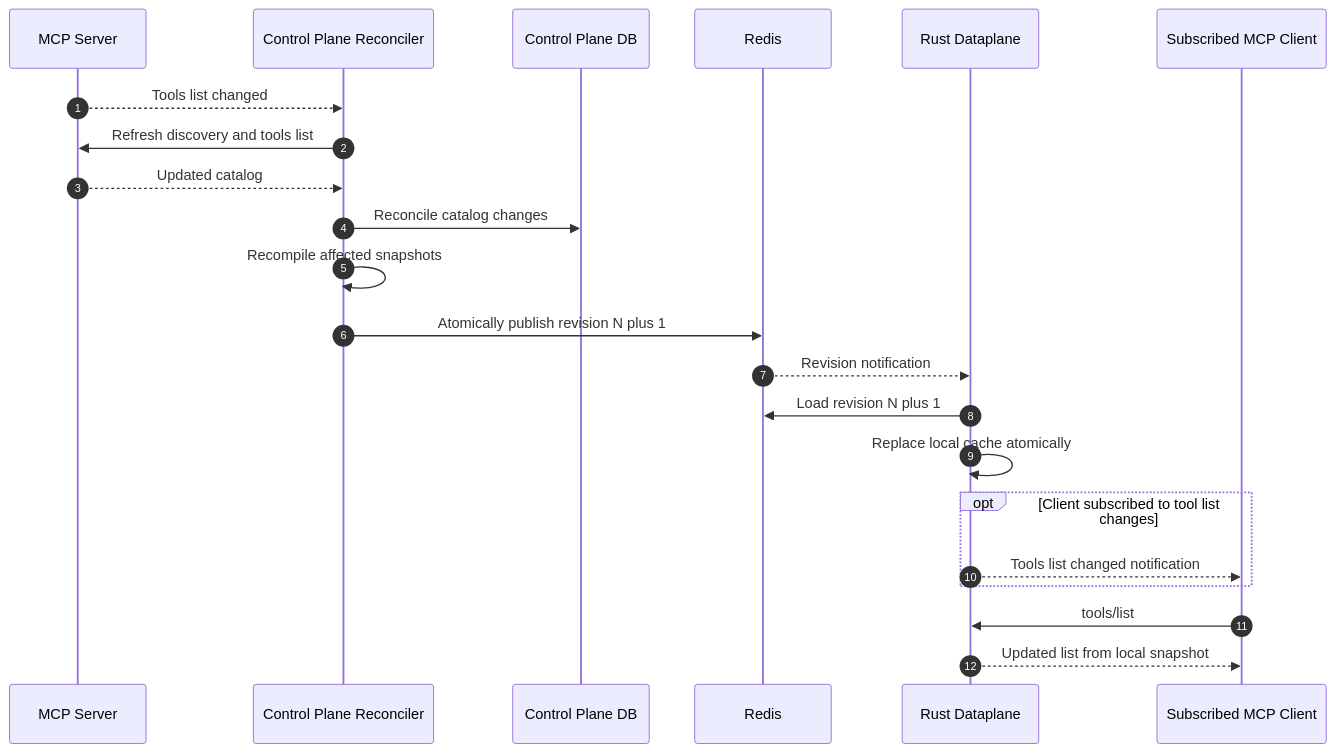
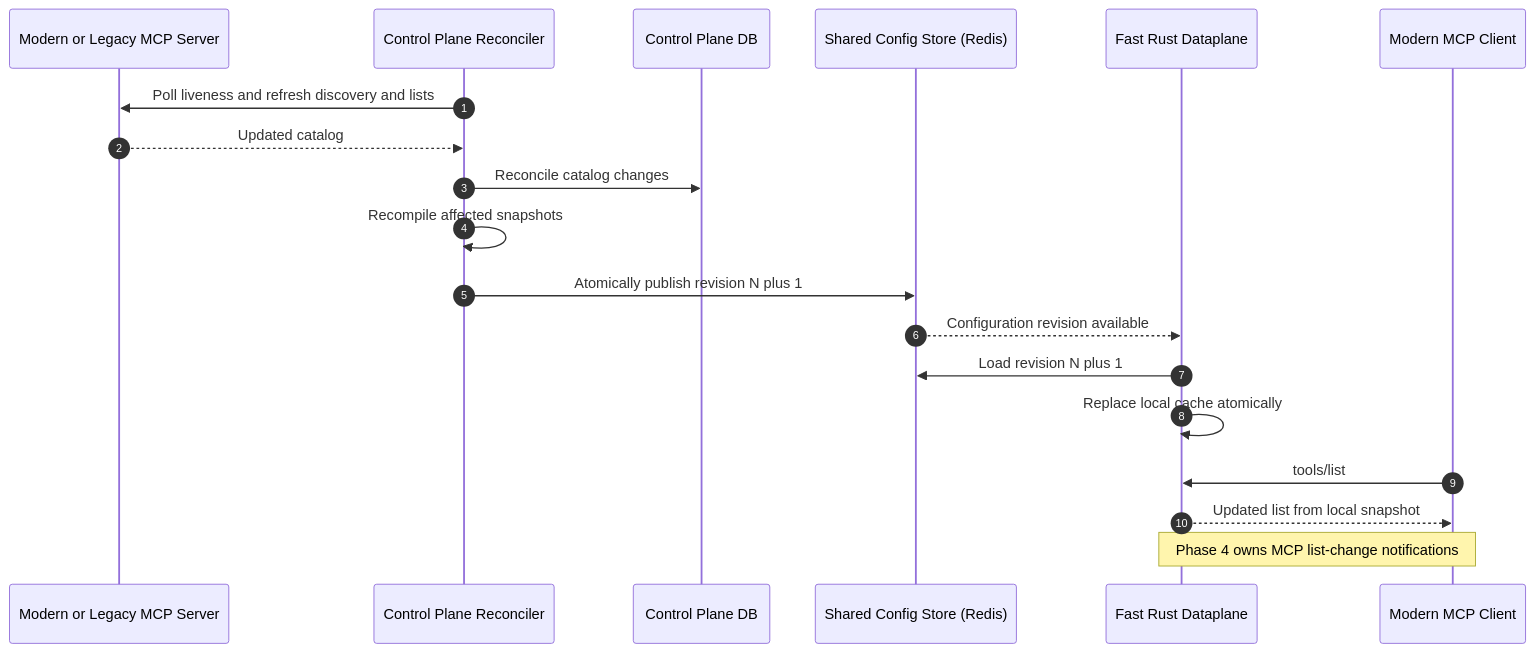
The fourth of 4 diagrams in _context/wiki/mcp-capability-allocation.md (contextforge-gateway-rs/contextforge-gateway-rs), drawn with Mermaid before and after one commit. The commit also changed other lines of this file, not shown here.

Commit message:
docs: align Phase 3 architecture with design plan

````diff
--- a/_context/wiki/mcp-capability-allocation.md
+++ b/_context/wiki/mcp-capability-allocation.md
@@ -122,28 +144,25 @@
 ```mermaid
 sequenceDiagram
     autonumber
-    participant MCP as MCP Server
+    participant MCP as Modern or Legacy MCP Server
     participant CP as Control Plane Reconciler
     participant DB as Control Plane DB
-    participant Redis
-    participant DP as Rust Dataplane
-    participant Client as Subscribed MCP Client
+    participant Store as Shared Config Store (Redis)
+    participant DP as Fast Rust Dataplane
+    participant Client as Modern MCP Client
 
-    MCP-->>CP: Tools list changed
-    CP->>MCP: Refresh discovery and tools list
+    CP->>MCP: Poll liveness and refresh discovery and lists
     MCP-->>CP: Updated catalog
     CP->>DB: Reconcile catalog changes
     CP->>CP: Recompile affected snapshots
-    CP->>Redis: Atomically publish revision N plus 1
+    CP->>Store: Atomically publish revision N plus 1
 
-    Redis-->>DP: Revision notification
-    DP->>Redis: Load revision N plus 1
+    Store-->>DP: Configuration revision available
+    DP->>Store: Load revision N plus 1
     DP->>DP: Replace local cache atomically
-
-    opt Client subscribed to tool list changes
-        DP-->>Client: Tools list changed notification
-    end
 
     Client->>DP: tools/list
     DP-->>Client: Updated list from local snapshot
+
+    Note over DP,Client: Phase 4 owns MCP list-change notifications
 ```
````
